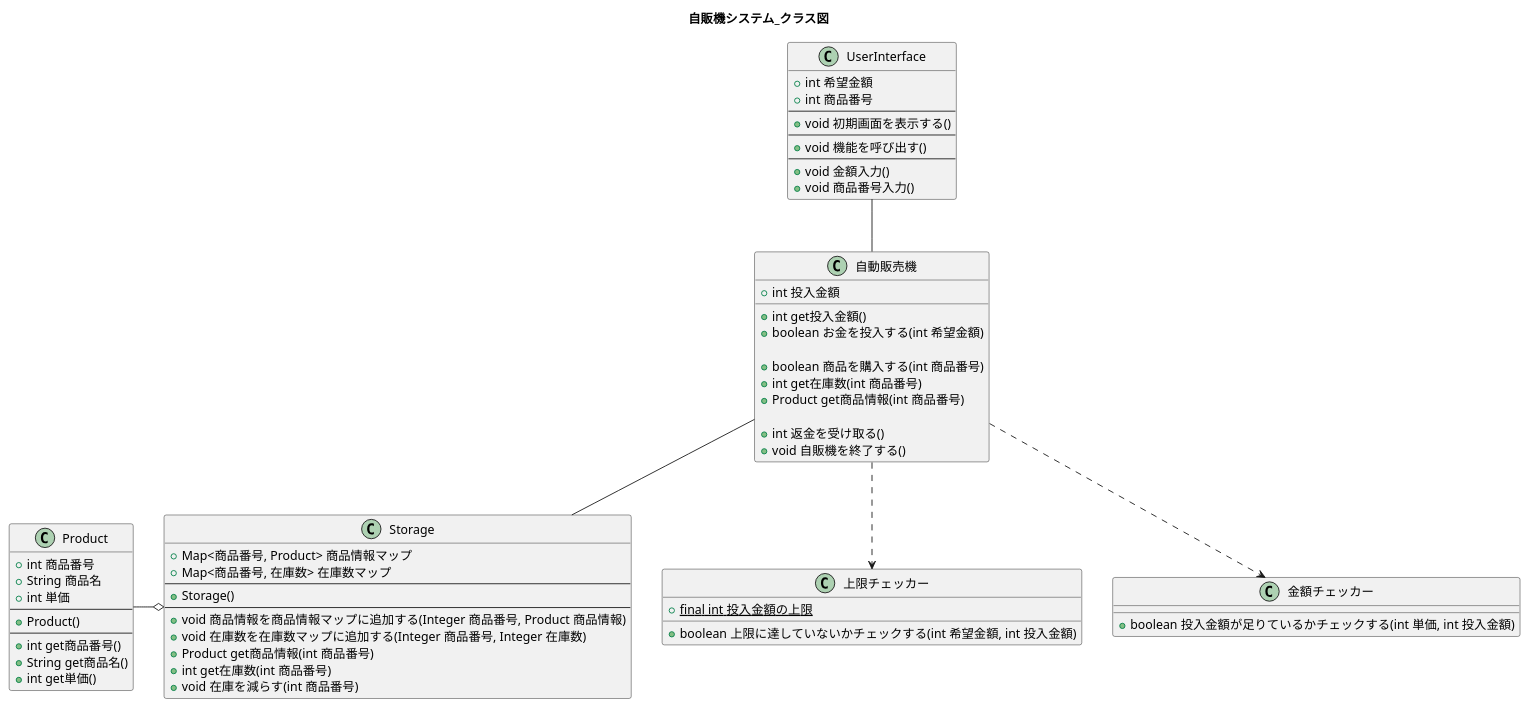
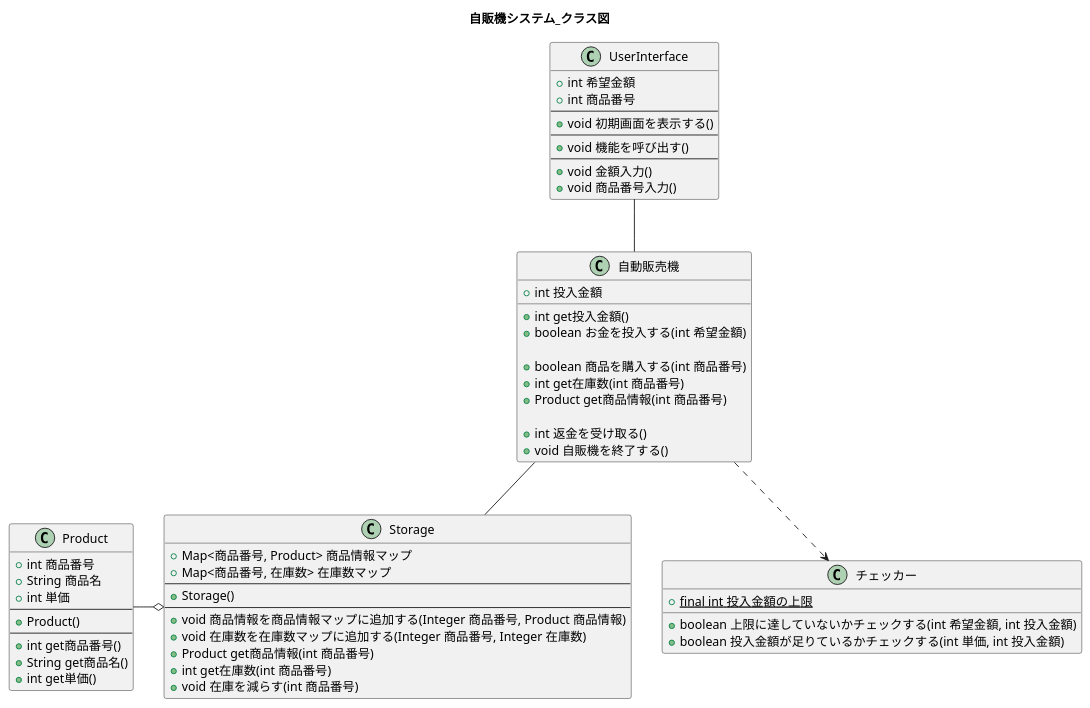
Before and after one commit to W-Nakayama-24/VendingMachine_CUI: the diagram in UML_class_sequence/VendingMachine_classDiag.puml, drawn with PlantUML. The commit also changed 3 other files, not shown here.

Commit message:
FIX classDiag, sequence01-02. CREATE sequenceInit

```diff
--- a/UML_class_sequence/VendingMachine_classDiag.puml
+++ b/UML_class_sequence/VendingMachine_classDiag.puml
@@ -1,82 +1,77 @@
 @startuml
 title 自販機システム_クラス図
 
 
 UserInterface -- 自動販売機
 自動販売機 -- Storage
-自動販売機 ..> 上限チェッカー
-自動販売機 ..> 金額チェッカー
+自動販売機 ..> チェッカー
 Product -o Storage
 
 
 class UserInterface {
     +int 希望金額
     +int 商品番号
     --
     +void 初期画面を表示する()
     --
     +void 機能を呼び出す()
     --
     +void 金額入力()
     +void 商品番号入力() 
     /'
     1,2,3,9以外ならここでfalseを返し、エラーメッセージ00を表示
     '/
 }
 
 class 自動販売機 {
     +int 投入金額
     +int get投入金額()
     +boolean お金を投入する(int 希望金額)
 
     +boolean 商品を購入する(int 商品番号)
     +int get在庫数(int 商品番号)
     +Product get商品情報(int 商品番号)
 
     +int 返金を受け取る()
     +void 自販機を終了する()
 }
 
-class 上限チェッカー{
+class チェッカー{
     +{static}final int 投入金額の上限
     +boolean 上限に達していないかチェックする(int 希望金額, int 投入金額)
-}
-
-
-class 金額チェッカー{
     +boolean 投入金額が足りているかチェックする(int 単価, int 投入金額)
 }
 
 class Storage {
     +Map<商品番号, Product> 商品情報マップ
     +Map<商品番号, 在庫数> 在庫数マップ
     --
     +Storage()
     --
     +void 商品情報を商品情報マップに追加する(Integer 商品番号, Product 商品情報)
     +void 在庫数を在庫数マップに追加する(Integer 商品番号, Integer 在庫数)
     +Product get商品情報(int 商品番号)
     +int get在庫数(int 商品番号)
     +void 在庫を減らす(int 商品番号)
 }
 
 class Product {
     +int 商品番号
     +String 商品名
     +int 単価
     --
     +Product()
     --
     +int get商品番号()
     +String get商品名()
     +int get単価()
     /'
     コンストラクタでProduct型を用意して、
     3つの属性をひとつにまとめてmap.putできるように
     this.num = num
     this.price = price
     this.name = name
     '/
 }
 
 @enduml
```
